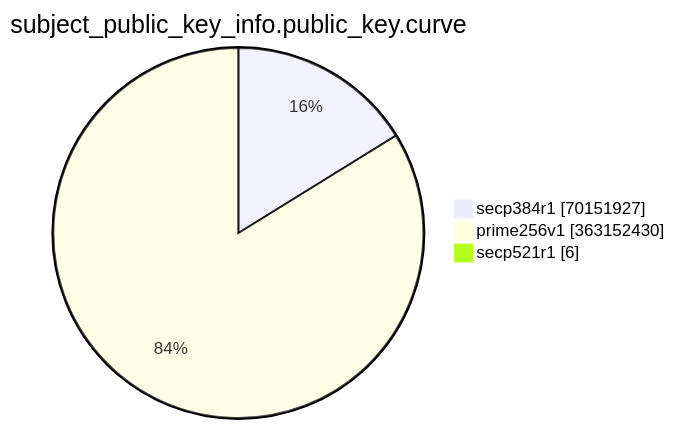
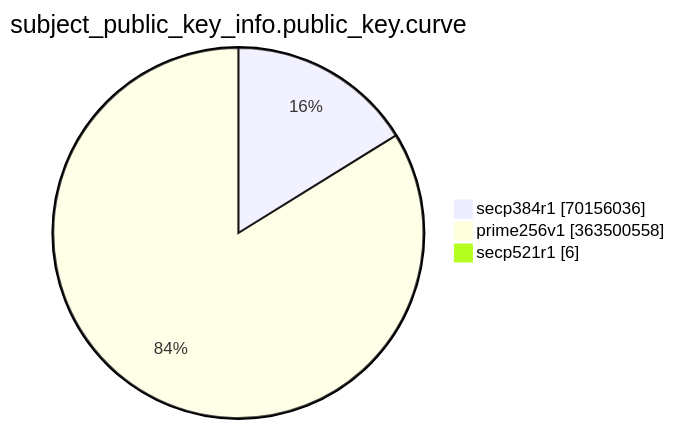
Before and after one commit to christiankrug/ctmonitor_visualization: the eighth of 15 diagrams in TOTAL/README.md, drawn with Mermaid. The commit also changed other lines of this file, not shown here.

````diff
--- a/TOTAL/README.md
+++ b/TOTAL/README.md
@@ -3088,7 +3088,7 @@
 ```mermaid
 pie showData
 title subject_public_key_info.public_key.curve
-"secp384r1" :70151927
-"prime256v1" :363152430
+"secp384r1" :70156036
+"prime256v1" :363500558
 "secp521r1" :6
 ```
````
